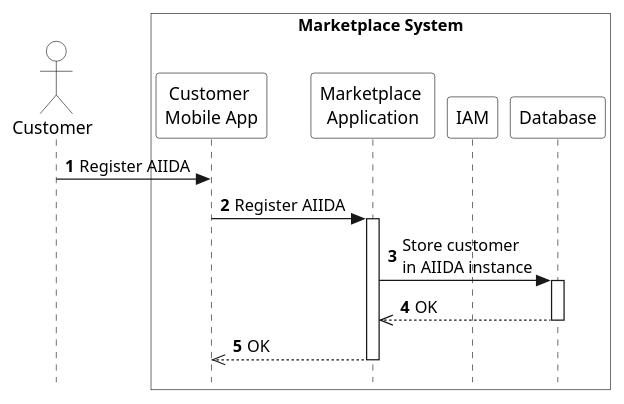
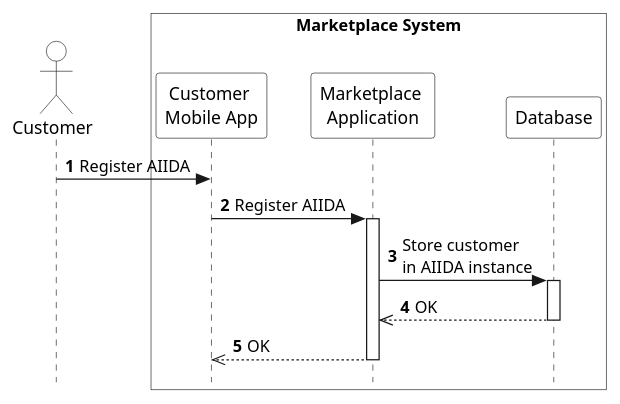
The diagram in arc42/marketplace/runtime-view/figures/marketplace-register-aiida.puml (eddie-energy/architecture), drawn with PlantUML before and after one commit. The commit also changed 5 other files, not shown here.

```diff
--- a/arc42/marketplace/runtime-view/figures/marketplace-register-aiida.puml
+++ b/arc42/marketplace/runtime-view/figures/marketplace-register-aiida.puml
@@ -1,34 +1,29 @@
 @startuml marketplace-register-aiida
 
 skinparam style strictuml
 skinparam sequence {
   ParticipantBackgroundColor transparent
   ActorBackgroundColor transparent
 }
 
 autonumber
 !pragma teoz true
 
 actor "Customer" as customer
 box "Marketplace System" #transparent
   participant "Customer \nMobile App" as app
   participant "Marketplace \nApplication" as marketplace
-  participant "IAM" as iam
   participant "Database" as database
 end box
 
 customer -> app : Register AIIDA
 app -> marketplace : Register AIIDA
 activate marketplace
 marketplace -> database : Store customer \nin AIIDA instance
 activate database
 database -->> marketplace : OK
 deactivate database
 marketplace -->> app : OK
 deactivate marketplace
 
-
-
-
-
 @enduml
```
